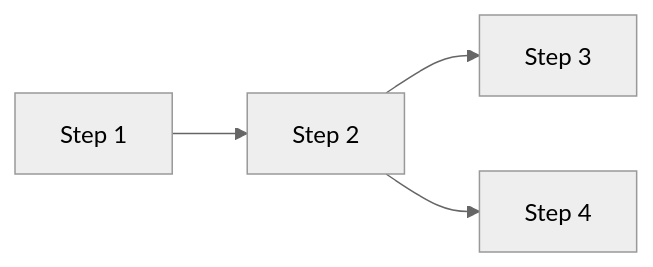
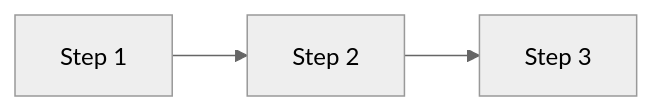
The third of 3 diagrams in AGENTS.md (gip-inclusion/Matometa), drawn with Mermaid (neutral theme) before and after one commit. The commit also changed other lines of this file and 2 other files, not shown here.

````diff
--- a/AGENTS.md
+++ b/AGENTS.md
@@ -348,6 +253,4 @@
 ```mermaid
 flowchart LR
-    A["Step 1"] --> B["Step 2"]
-    B --> C["Step 3"]
-    B --> D["Step 4"]
+    A["Step 1"] --> B["Step 2"] --> C["Step 3"]
 ```
````
